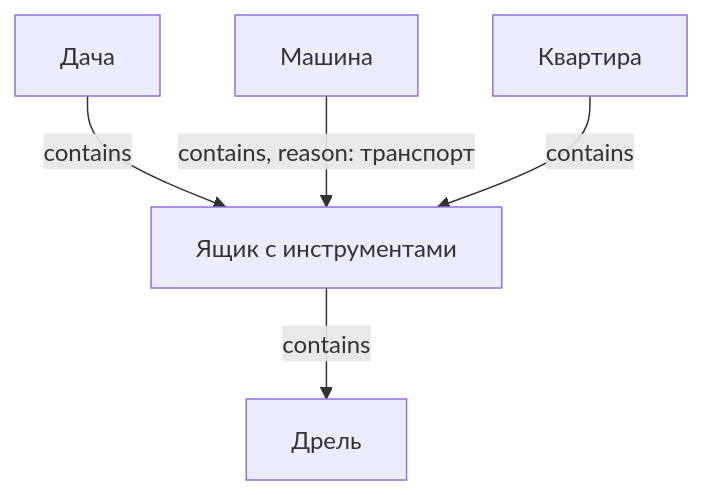
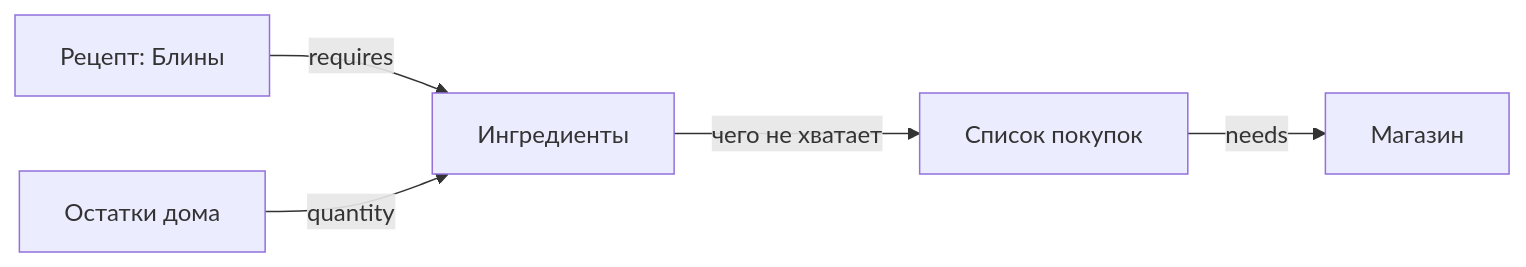
The fourth of 5 diagrams in docs/database.md (kscht/domovoy), drawn with Mermaid before and after one commit. The commit also changed other lines of this file, not shown here.

First line of the commit message:
docs: add recipe/procedure/run model for consumption tracking

````diff
--- a/docs/database.md
+++ b/docs/database.md
@@ -116,15 +128,12 @@
 ```mermaid
-graph TD
-    LocationA[Дача]
-    LocationB[Квартира]
-    Car[Машина]
+graph LR
+    Recipe[Рецепт: Блины]
+    Inventory[Остатки дома]
+    ShoppingList[Список покупок]
+    Store[Магазин]
 
-    Drill[Дрель]
-    Toolbox[Ящик с инструментами]
-
-    LocationA -->|contains| Toolbox
-    Toolbox -->|contains| Drill
-
-    Car -->|contains, reason: транспорт| Toolbox
-    LocationB -->|contains| Toolbox
+    Recipe -->|requires| Ingredients[Ингредиенты]
+    Inventory -->|quantity| Ingredients
+    Ingredients -->|чего не хватает| ShoppingList
+    ShoppingList -->|needs| Store
 ```
````
